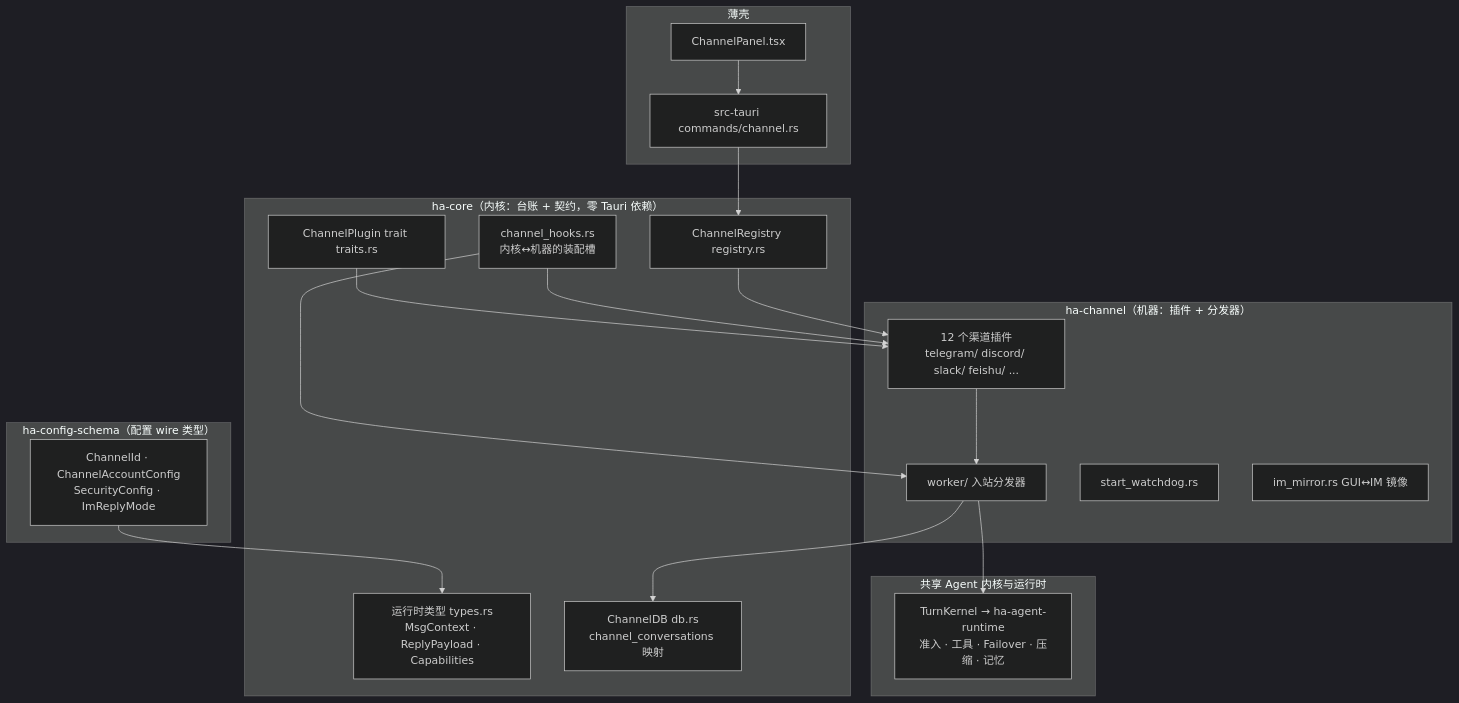
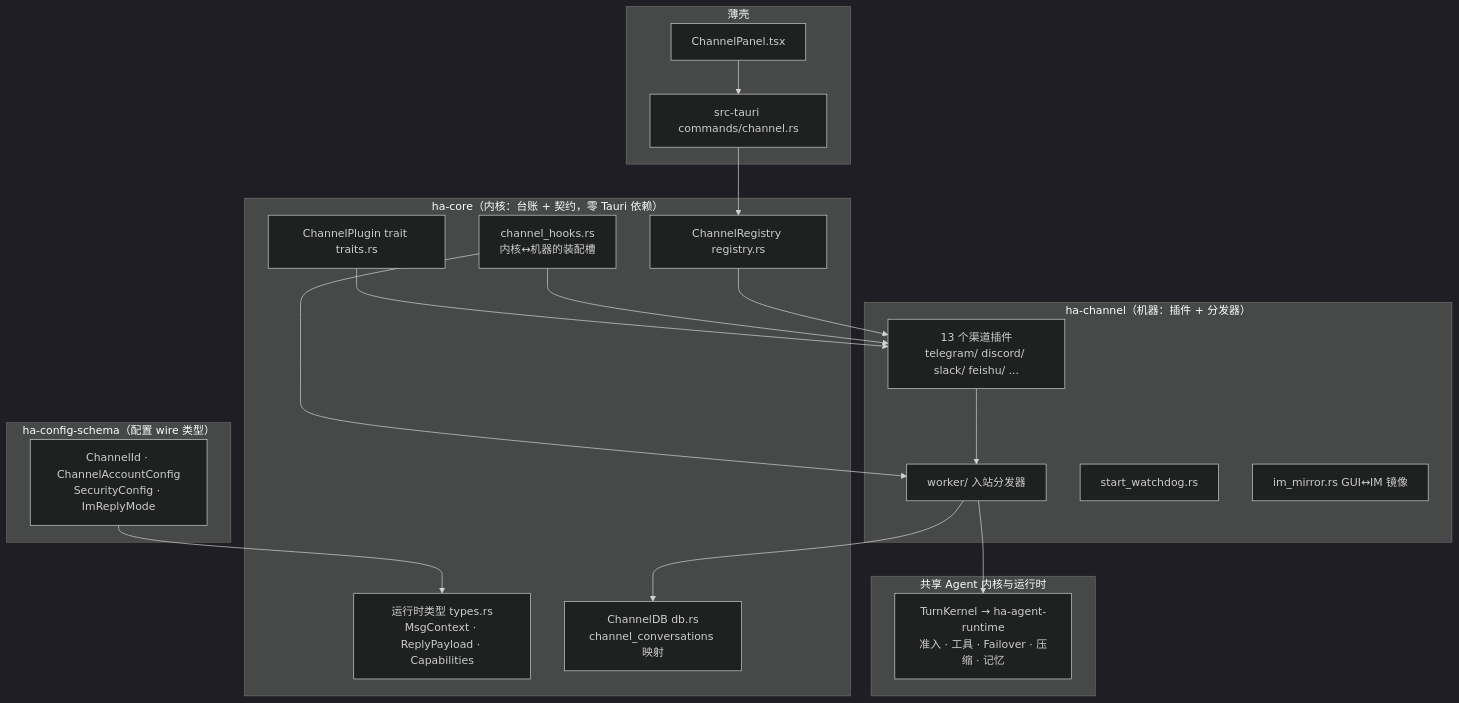
One commit to gabrielmoreira/agent-skills-mirror changed the first of 10 diagrams in mirrors/repos/shiwenwen@hope-agent/docs/architecture/integration/im-channel.md. Above: the diagram before and after it, drawn with Mermaid (dark theme). The commit also changed other lines of this file and 3341 other files, not shown here.

````diff
--- a/mirrors/repos/shiwenwen@hope-agent/docs/architecture/integration/im-channel.md
+++ b/mirrors/repos/shiwenwen@hope-agent/docs/architecture/integration/im-channel.md
@@ -65,41 +65,41 @@
 ```mermaid
 graph TB
     subgraph schema["ha-config-schema（配置 wire 类型）"]
         WIRE["ChannelId · ChannelAccountConfig<br/>SecurityConfig · ImReplyMode"]
     end
 
     subgraph kernel["ha-core（内核：台账 + 契约，零 Tauri 依赖）"]
         TYPES["运行时类型 types.rs<br/>MsgContext · ReplyPayload · Capabilities"]
         TRAIT["ChannelPlugin trait traits.rs"]
         DB["ChannelDB db.rs<br/>channel_conversations 映射"]
         REG["ChannelRegistry registry.rs"]
         HOOKS["channel_hooks.rs<br/>内核↔机器的装配槽"]
     end
 
     subgraph machine["ha-channel（机器：插件 + 分发器）"]
-        PLUGINS["12 个渠道插件<br/>telegram/ discord/ slack/ feishu/ ..."]
+        PLUGINS["13 个渠道插件<br/>telegram/ discord/ slack/ feishu/ ..."]
         WORKER["worker/ 入站分发器"]
         WATCH["start_watchdog.rs"]
         MIRROR["im_mirror.rs GUI↔IM 镜像"]
     end
 
     subgraph engine["共享 Agent 内核与运行时"]
         CE["TurnKernel → ha-agent-runtime<br/>准入 · 工具 · Failover · 压缩 · 记忆"]
     end
 
     subgraph shell["薄壳"]
         TAURI["src-tauri commands/channel.rs"]
         PANEL["ChannelPanel.tsx"]
     end
 
     WIRE --> TYPES
     TRAIT --> PLUGINS
     HOOKS --> PLUGINS
     HOOKS --> WORKER
     PLUGINS --> WORKER
     WORKER --> CE
     WORKER --> DB
     REG --> PLUGINS
     TAURI --> REG
     PANEL --> TAURI
 ```
````
